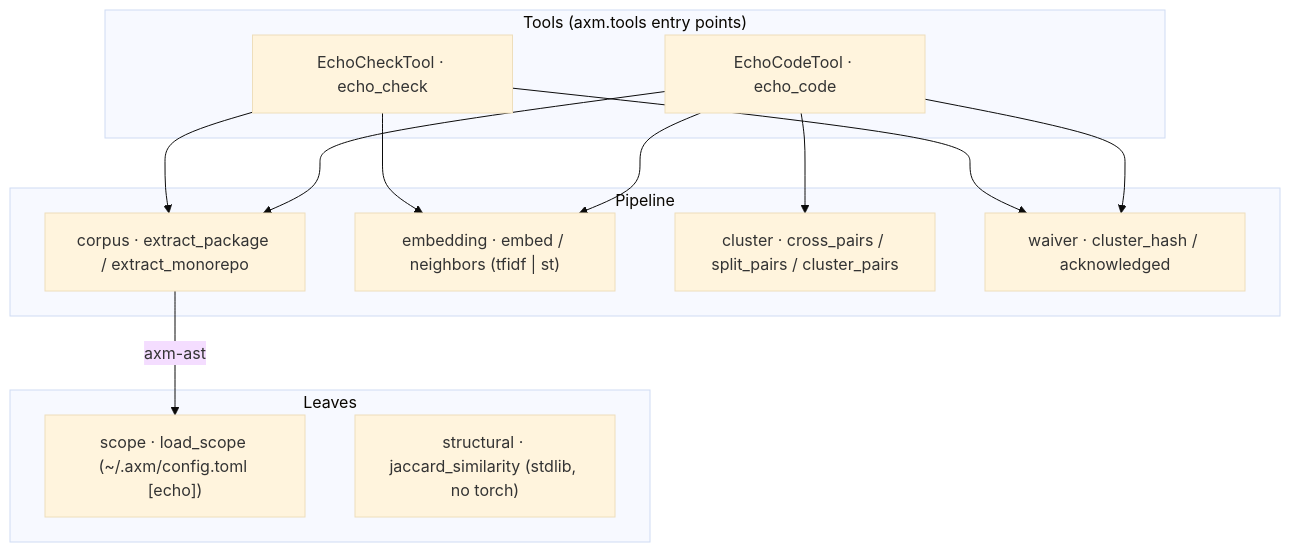
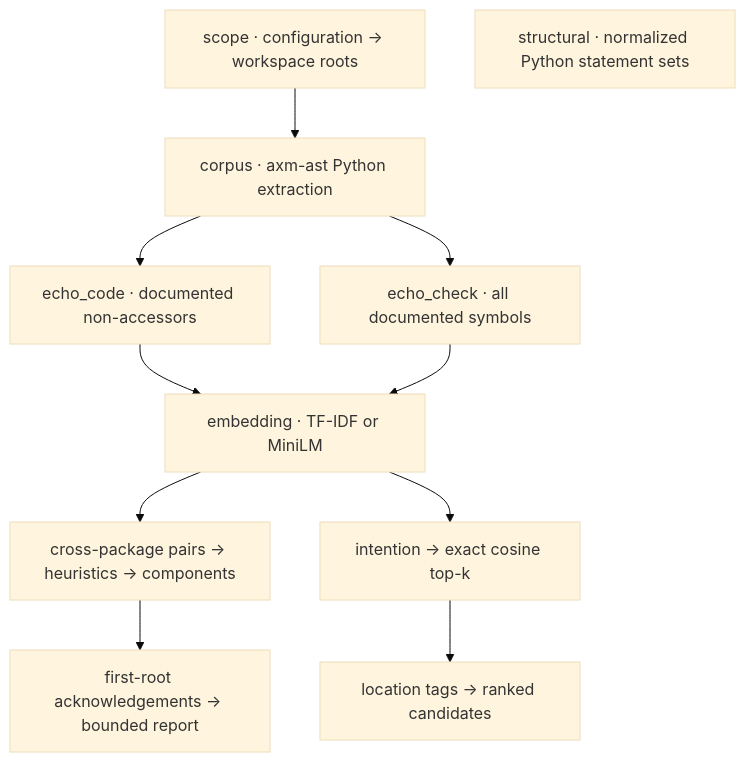
One commit to axm-protocols/axm-forge changed the diagram in packages/axm-echo/docs/explanation/architecture.md. Above: the diagram before and after it, drawn with Mermaid (base theme). The commit also changed other lines of this file and 12 other files, not shown here.

First line of the commit message:
docs(axm-echo): clarify similarity workflows and result contracts

````diff
--- a/packages/axm-echo/docs/explanation/architecture.md
+++ b/packages/axm-echo/docs/explanation/architecture.md
@@ -9,28 +7,13 @@
 ```mermaid
 graph TD
-    subgraph "Tools (axm.tools entry points)"
-        EchoCode["EchoCodeTool · echo_code"]
-        EchoCheck["EchoCheckTool · echo_check"]
-    end
-
-    subgraph "Pipeline"
-        Corpus["corpus · extract_package / extract_monorepo"]
-        Embedding["embedding · embed / neighbors (tfidf | st)"]
-        Cluster["cluster · cross_pairs / split_pairs / cluster_pairs"]
-        Waiver["waiver · cluster_hash / acknowledged"]
-    end
-
-    subgraph "Leaves"
-        Scope["scope · load_scope (~/.axm/config.toml [echo])"]
-        Structural["structural · jaccard_similarity (stdlib, no torch)"]
-    end
-
-    EchoCode --> Corpus
-    EchoCode --> Embedding
-    EchoCode --> Cluster
-    EchoCode --> Waiver
-    EchoCheck --> Corpus
-    EchoCheck --> Embedding
-    EchoCheck --> Waiver
-    Corpus -->|axm-ast| Scope
+    Scope["scope · configuration → workspace roots"] --> Corpus["corpus · axm-ast Python extraction"]
+    Corpus --> Code["echo_code · documented non-accessors"]
+    Corpus --> Check["echo_check · all documented symbols"]
+    Code --> Embedding["embedding · TF-IDF or MiniLM"]
+    Check --> Embedding
+    Embedding --> Clusters["cross-package pairs → heuristics → components"]
+    Embedding --> Ranking["intention → exact cosine top-k"]
+    Clusters --> Waivers["first-root acknowledgements → bounded report"]
+    Ranking --> Candidates["location tags → ranked candidates"]
+    Structural["structural · normalized Python statement sets"]
 ```
````
